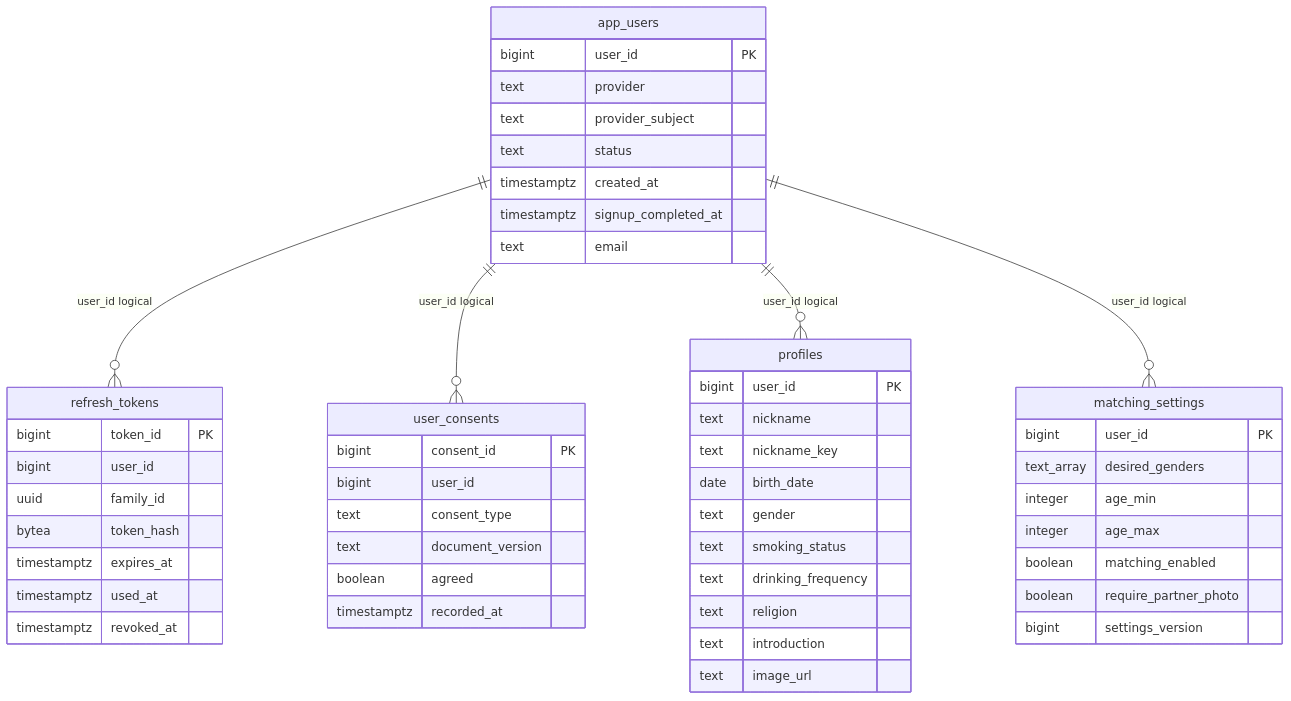
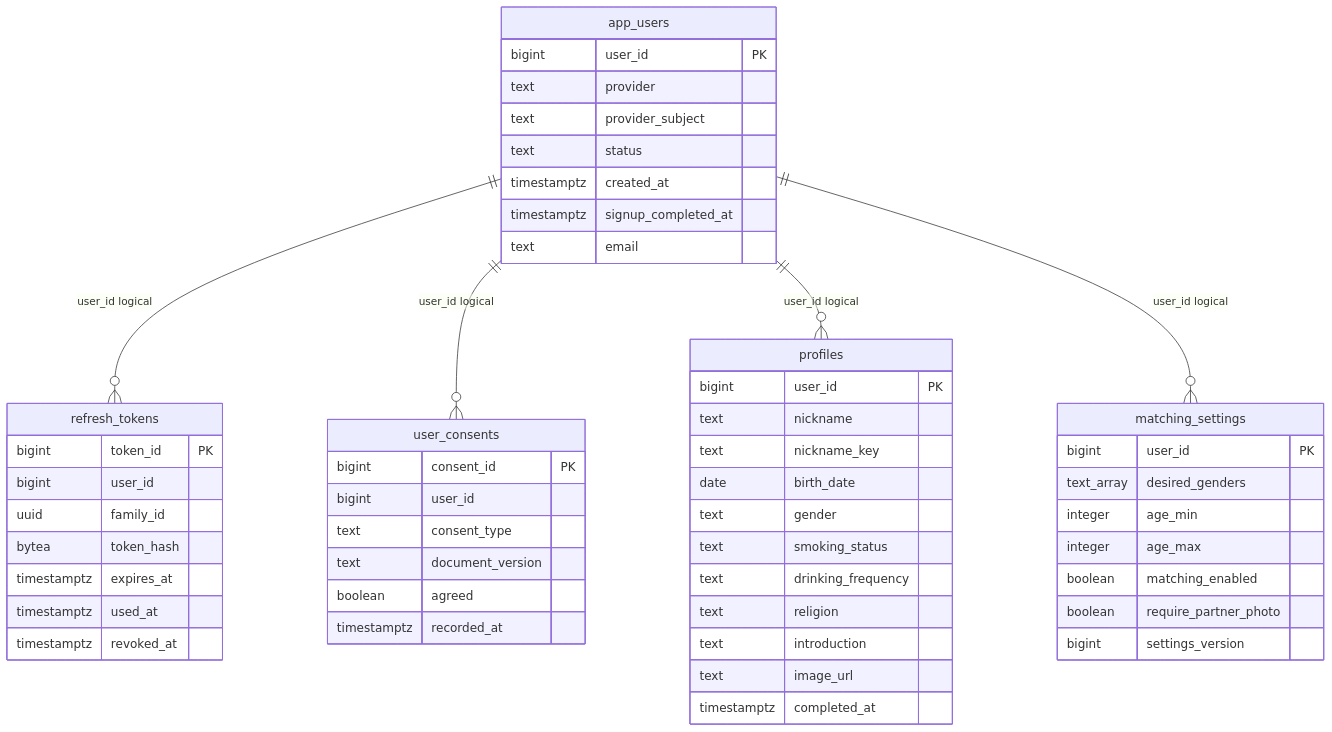
Before and after one commit to j-moo/Tingle: the first of 4 diagrams in docs/database/erd.md, drawn with Mermaid. The commit also changed other lines of this file and 25 other files, not shown here.

````diff
--- a/docs/database/erd.md
+++ b/docs/database/erd.md
@@ -50,54 +50,55 @@
 ```mermaid
 erDiagram
     app_users {
         bigint user_id PK
         text provider
         text provider_subject
         text status
         timestamptz created_at
         timestamptz signup_completed_at
         text email
     }
     refresh_tokens {
         bigint token_id PK
         bigint user_id
         uuid family_id
         bytea token_hash
         timestamptz expires_at
         timestamptz used_at
         timestamptz revoked_at
     }
     user_consents {
         bigint consent_id PK
         bigint user_id
         text consent_type
         text document_version
         boolean agreed
         timestamptz recorded_at
     }
     profiles {
         bigint user_id PK
         text nickname
         text nickname_key
         date birth_date
         text gender
         text smoking_status
         text drinking_frequency
         text religion
         text introduction
         text image_url
+        timestamptz completed_at
     }
     matching_settings {
         bigint user_id PK
         text_array desired_genders
         integer age_min
         integer age_max
         boolean matching_enabled
         boolean require_partner_photo
         bigint settings_version
     }
     app_users ||--o{ refresh_tokens : "user_id logical"
     app_users ||--o{ user_consents : "user_id logical"
     app_users ||--o{ profiles : "user_id logical"
     app_users ||--o{ matching_settings : "user_id logical"
 ```
````
